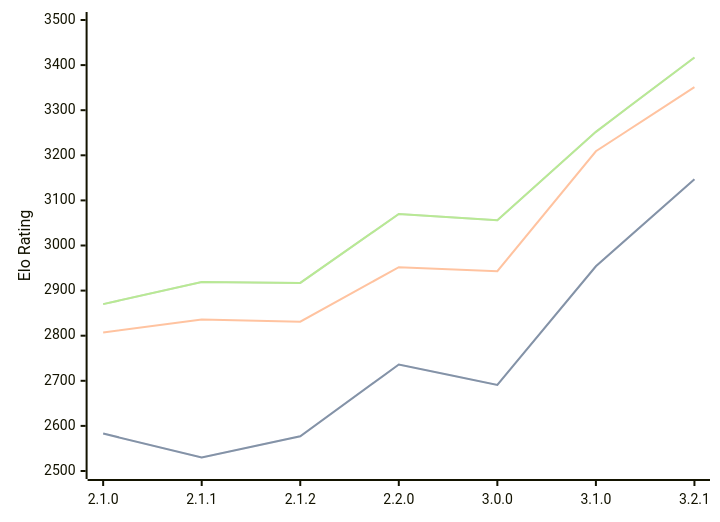
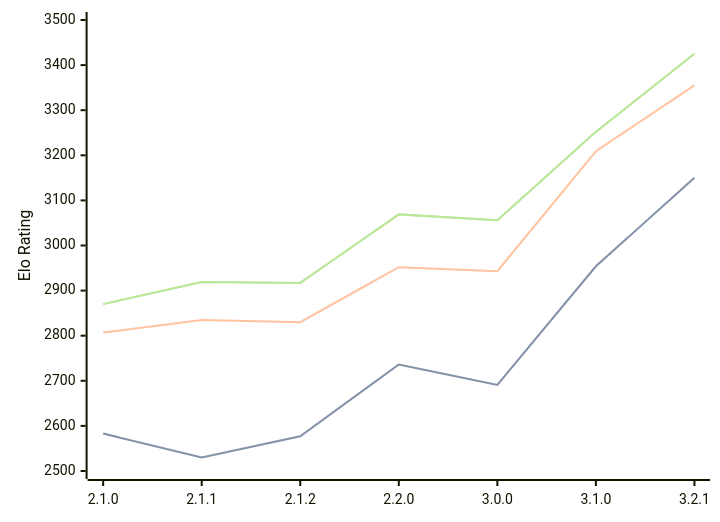
The diagram in engines/Prune.md (computer-chess-index/cci), drawn with Mermaid before and after one commit. The commit also changed other lines of this file, not shown here.

Commit message:
Update CCI Ratings (ELO VLTC) - 2026-02-27

````diff
--- a/engines/Prune.md
+++ b/engines/Prune.md
@@ -40,11 +40,11 @@
 ```mermaid
 %%{init: {"theme":"base","themeVariables":{"seriesColors:['#a3a3a3','#222221','#faa371']}}}%%
 xychart-beta
   x-axis ["2.1.0", "2.1.1", "2.1.2", "2.2.0", "3.0.0", "3.1.0", "3.2.1"]
   y-axis "Elo Rating" 2500 --> 3500
-  line "STC (8.0+0.08s)" [2583, 2530, 2577, 2736, 2691, 2954, 3147]
-  line "STC (8.0+0.08s)" [2583, 2530, 2577, 2736, 2691, 2954, 3147]
-  line "LTC (60.0+0.60s)" [2807, 2836, 2831, 2952, 2943, 3209, 3351]
-  line "VLTC (2m24s+1.12s)" [2870, 2919, 2917, 3070, 3056, 3252, 3417]
-  line "VLTC (2m24s+1.12s)" [2870, 2919, 2917, 3070, 3056, 3252, 3417]
+  line "STC (8.0+0.08s)" [2583, 2530, 2577, 2736, 2691, 2954, 3150]
+  line "STC (8.0+0.08s)" [2583, 2530, 2577, 2736, 2691, 2954, 3150]
+  line "LTC (60.0+0.60s)" [2807, 2835, 2830, 2952, 2943, 3209, 3355]
+  line "VLTC (2m24s+1.12s)" [2870, 2919, 2917, 3069, 3056, 3252, 3425]
+  line "VLTC (2m24s+1.12s)" [2870, 2919, 2917, 3069, 3056, 3252, 3425]
 ```
````
